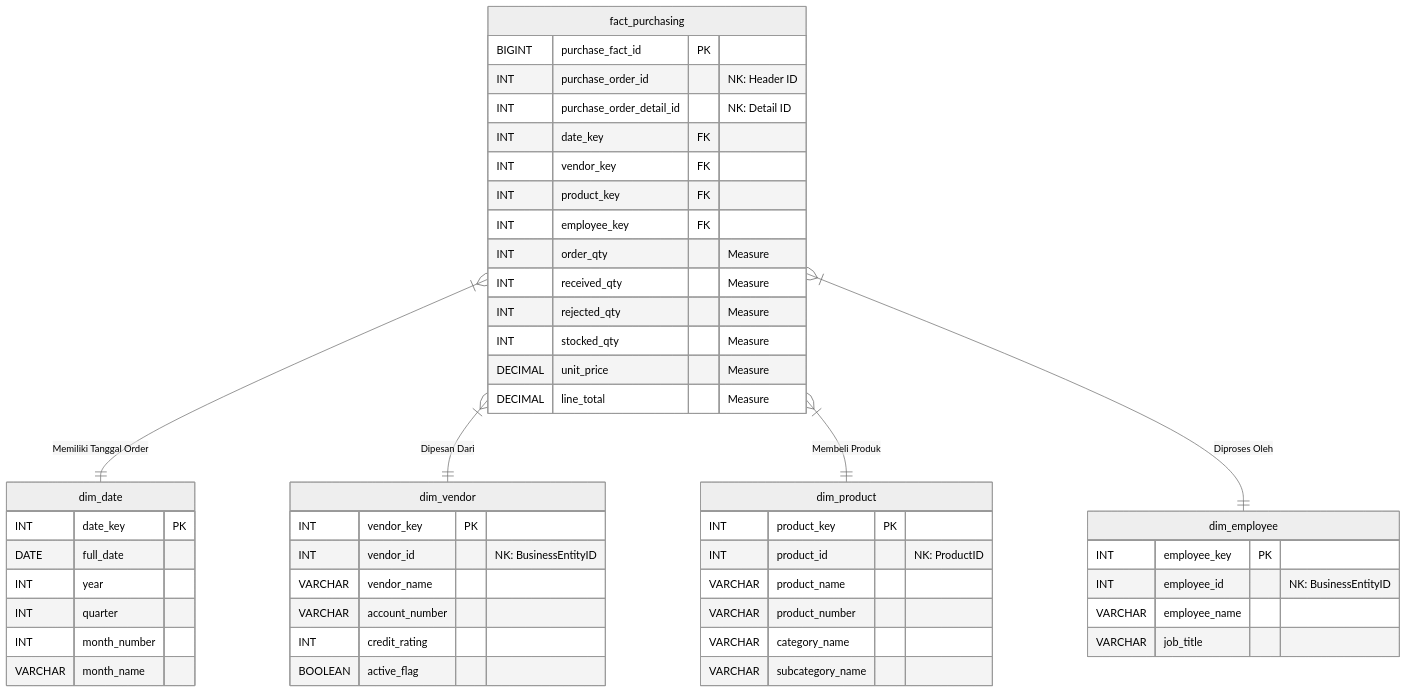
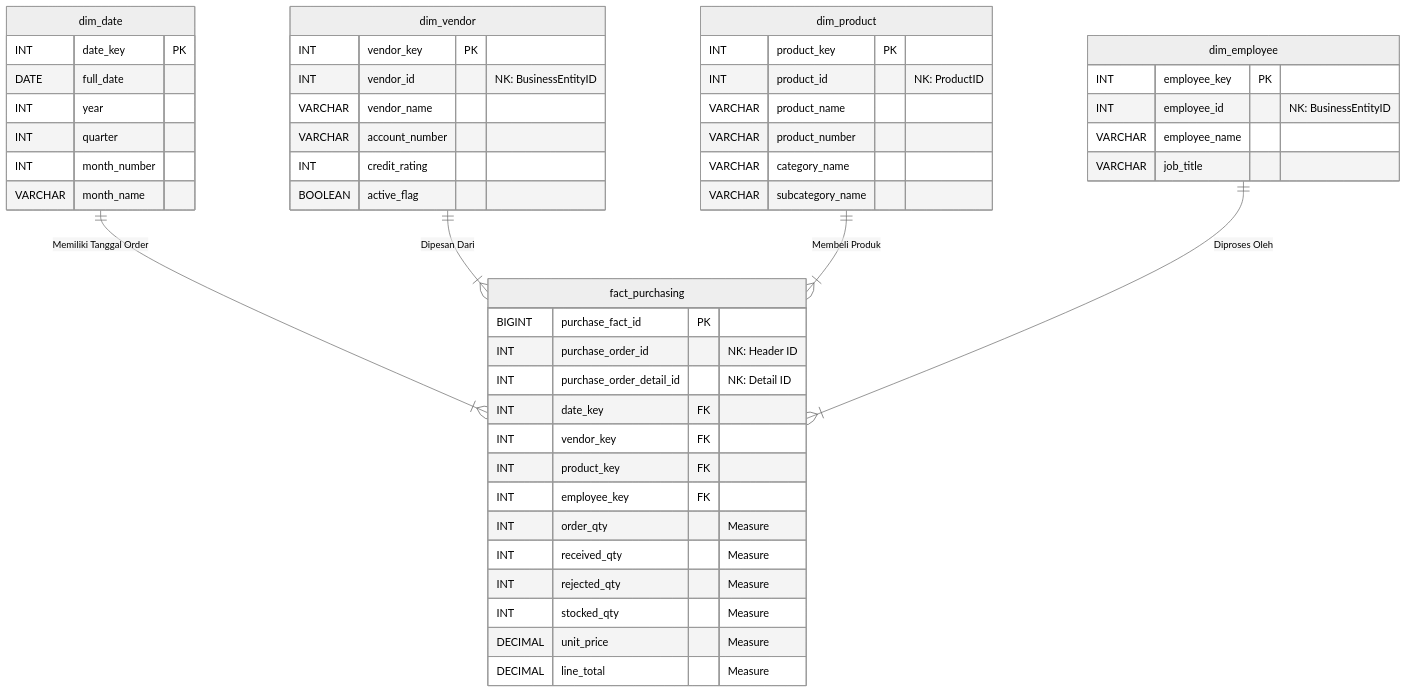
The diagram in docs/star_scheme & grain.md (Damarytf/dw-kelompok-3), drawn with Mermaid (neutral theme) before and after one commit. The commit also changed other lines of this file, not shown here.

Commit message:
Fix relationship notation in star_scheme & grain.md

````diff
--- a/docs/star_scheme & grain.md
+++ b/docs/star_scheme & grain.md
@@ -9,57 +9,57 @@
 ```mermaid
 erDiagram
     fact_purchasing {
         BIGINT purchase_fact_id PK
         INT purchase_order_id "NK: Header ID"
         INT purchase_order_detail_id "NK: Detail ID"
         INT date_key FK
         INT vendor_key FK
         INT product_key FK
         INT employee_key FK
         INT order_qty "Measure"
         INT received_qty "Measure"
         INT rejected_qty "Measure"
         INT stocked_qty "Measure"
         DECIMAL unit_price "Measure"
         DECIMAL line_total "Measure"
     }
 
     dim_vendor {
         INT vendor_key PK
         INT vendor_id "NK: BusinessEntityID"
         VARCHAR vendor_name
         VARCHAR account_number
         INT credit_rating
         BOOLEAN active_flag
     }
 
     dim_product {
         INT product_key PK
         INT product_id "NK: ProductID"
         VARCHAR product_name
         VARCHAR product_number
         VARCHAR category_name
         VARCHAR subcategory_name
     }
 
     dim_employee {
         INT employee_key PK
         INT employee_id "NK: BusinessEntityID"
         VARCHAR employee_name
         VARCHAR job_title
     }
 
     dim_date {
         INT date_key PK
         DATE full_date
         INT year
         INT quarter
         INT month_number
         VARCHAR month_name
     }
 
-    fact_purchasing }|--|| dim_date : "Memiliki Tanggal Order"
-    fact_purchasing }|--|| dim_vendor : "Dipesan Dari"
-    fact_purchasing }|--|| dim_product : "Membeli Produk"
-    fact_purchasing }|--|| dim_employee : "Diproses Oleh"
+    dim_date ||--|{ fact_purchasing : "Memiliki Tanggal Order"
+    dim_vendor ||--|{ fact_purchasing : "Dipesan Dari"
+    dim_product ||--|{ fact_purchasing : "Membeli Produk"
+    dim_employee ||--|{ fact_purchasing : "Diproses Oleh"
 ```
````
